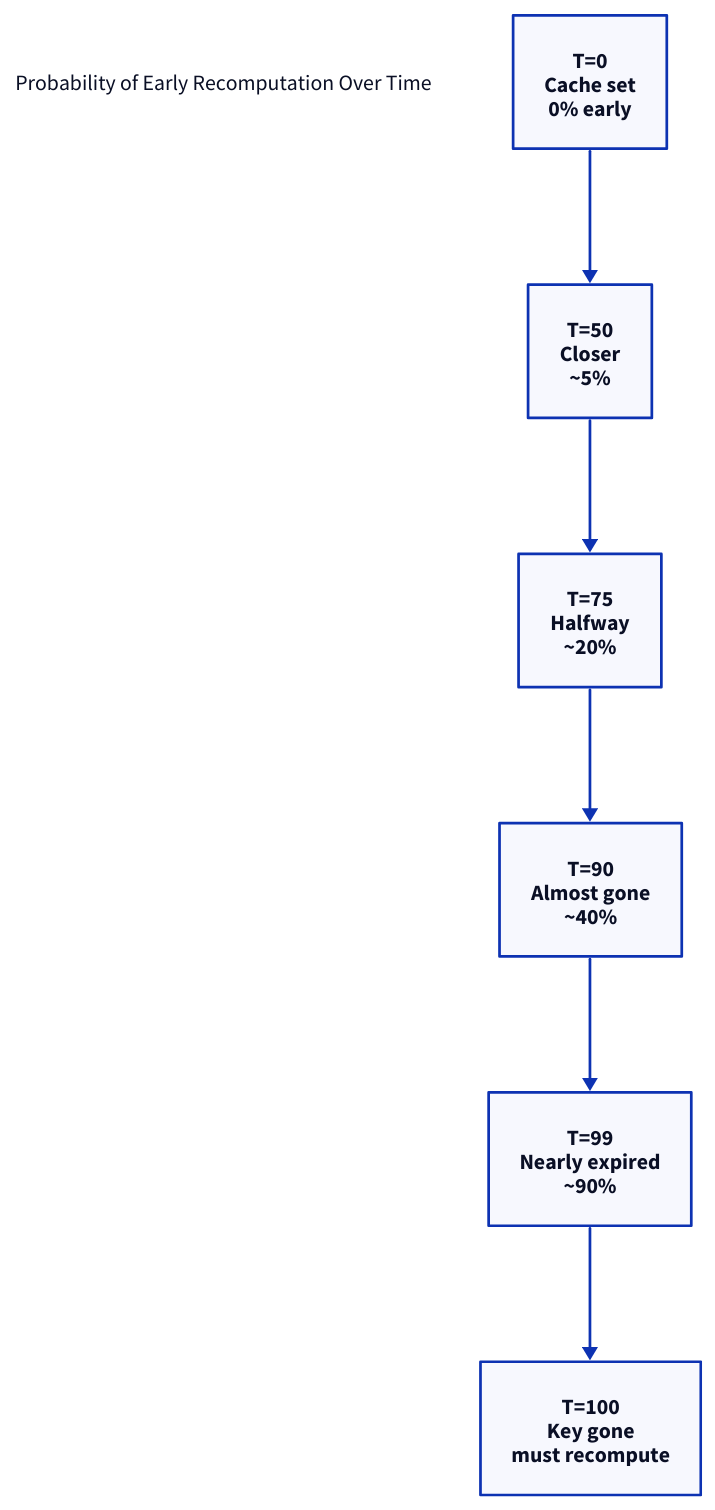
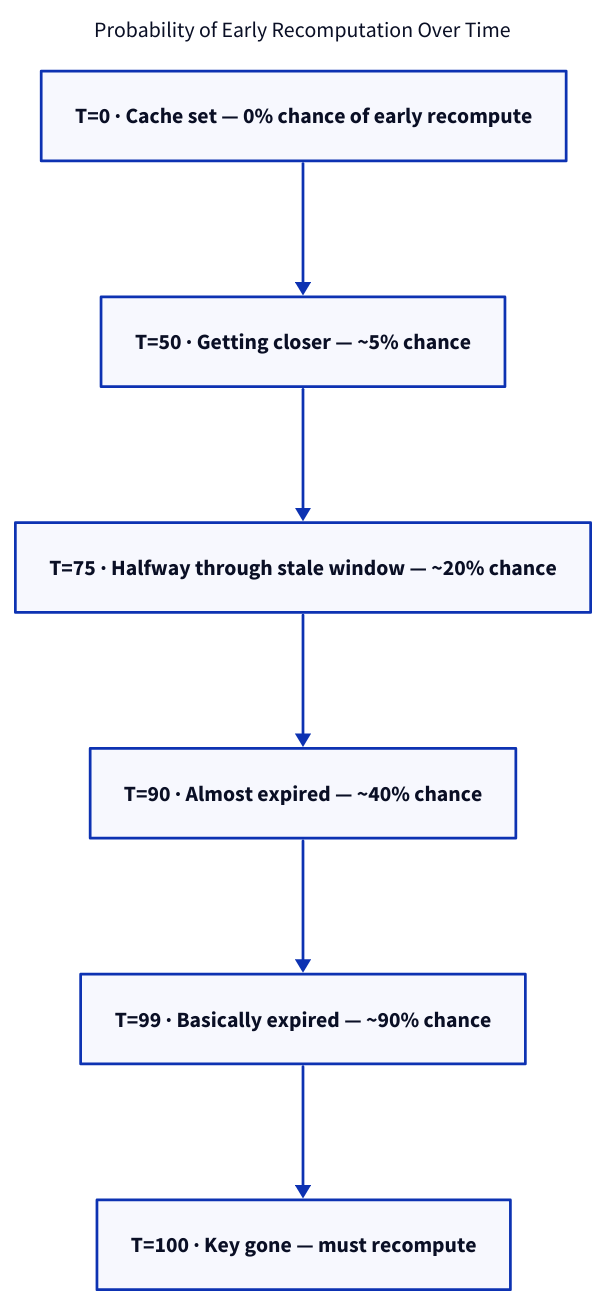
Before and after one commit to g-savitha/gsavitha.in: the first of 5 diagrams in src/content/blog/caching-strategies.md, drawn with D2. The commit also changed 16 other files, not shown here.

First line of the commit message:
Fix D2 diagrams: site palette, full-width SVG, restore charts

````diff
--- a/src/content/blog/caching-strategies.md
+++ b/src/content/blog/caching-strategies.md
@@ -127,11 +127,12 @@
 ```d2
+# alt: Timeline of early recomputation probability from cache set (0%) to key gone (must recompute).
 direction: down
-heading: "Probability of Early Recomputation Over Time" {shape: text}
-t0: "T=0\nCache set\n0% early" {class: neutral}
-t50: "T=50\nCloser\n~5%" {class: secondary}
-t75: "T=75\nHalfway\n~20%" {class: violet}
-t90: "T=90\nAlmost gone\n~40%" {class: teal}
-t99: "T=99\nNearly expired\n~90%" {class: amber}
-t100: "T=100\nKey gone\nmust recompute" {class: severity3}
+title: "Probability of Early Recomputation Over Time" {shape: text; near: top-center}
+t0: "T=0 · Cache set — 0% chance of early recompute" {class: neutral}
+t50: "T=50 · Getting closer — ~5% chance" {class: secondary}
+t75: "T=75 · Halfway through stale window — ~20% chance" {class: violet}
+t90: "T=90 · Almost expired — ~40% chance" {class: teal}
+t99: "T=99 · Basically expired — ~90% chance" {class: amber}
+t100: "T=100 · Key gone — must recompute" {class: severity3}
 t0 -> t50 -> t75 -> t90 -> t99 -> t100
 ```
````
